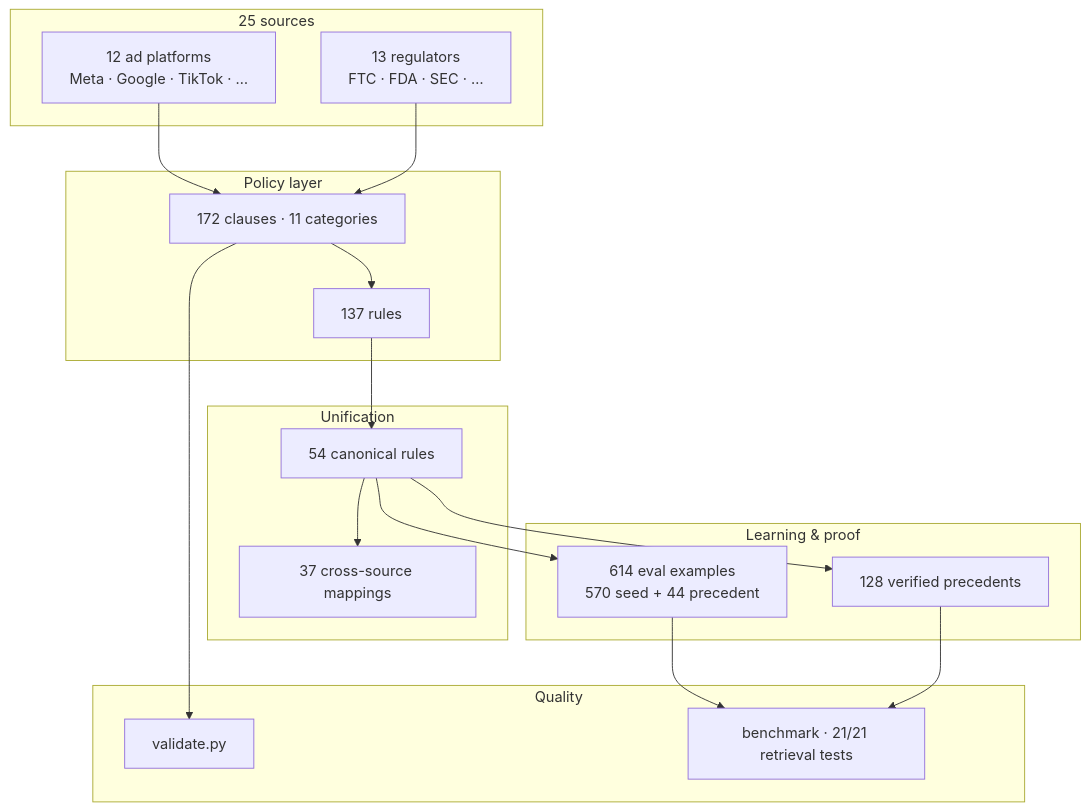
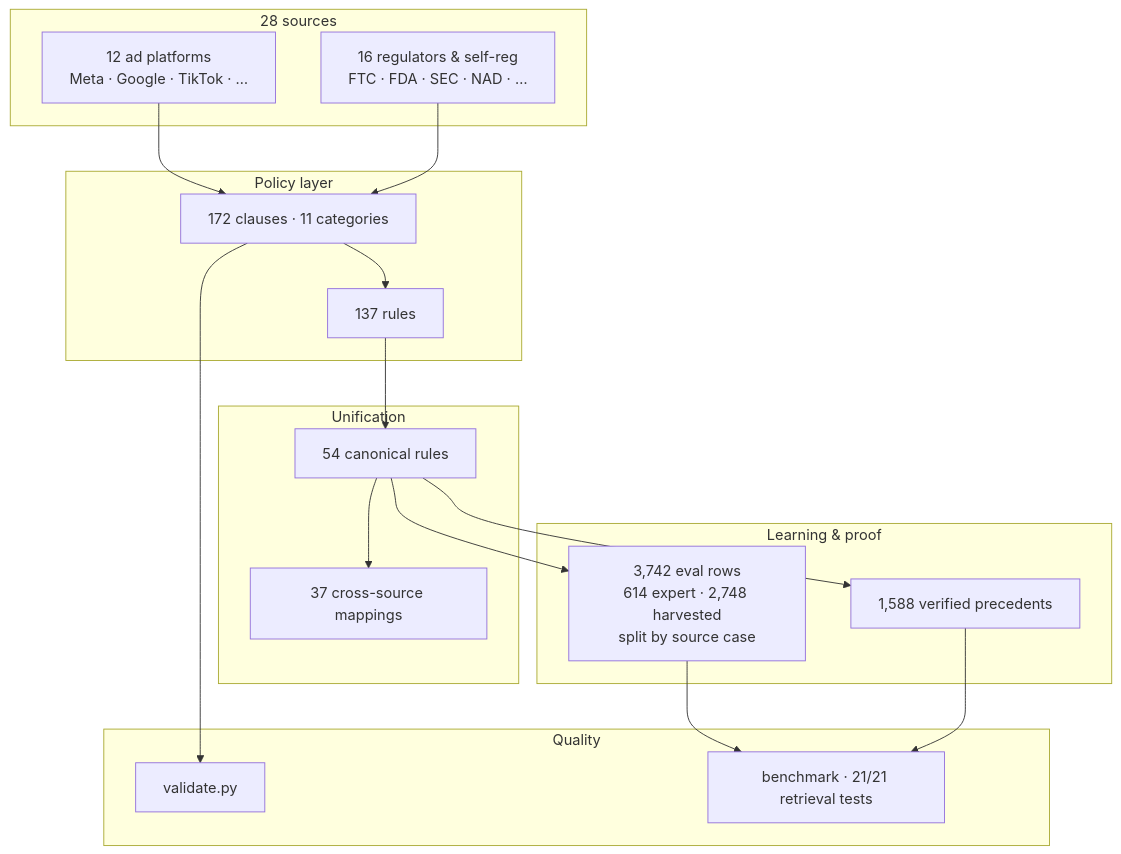
Before and after one commit to gramticsportal/zetaone: the first of 4 diagrams in README.md, drawn with Mermaid. The commit also changed other lines of this file and 2 other files, not shown here.

Commit message:
docs: record the first honest held-out baseline, and correct stale counts
DETERMINISTIC_BASELINE_HELDOUT.md supersedes the protocol in the two existing
benchmark documents, which scored on every eval row that existed. Those numbers
are not wrong, they are in-sample, and the gap is now measurable: the engine
scores 0.932 on the 44 north-star precedents whose wording the miner tokenised
into pack terms, against 0.497 on harvested rows it mostly never saw.

The packs have deliberately not been re-mined. Doing so would overwrite the
hand-curated qualifier work from the August matcher rebuild, which is a decision
to take deliberately rather than as a side effect. Mining is now safe to re-run
whenever that call is made.

Stale counts corrected. The README claimed 614 eval rows, 128 precedents and 25
sources; the repository holds 3,742, 1,588 and 28. ONTOLOGY_MAP was dated
2026-06-27 and described corpus v0.11 while the corpus is at v0.12.

Both new flags documented, and the split contract written up in the eval README:
mining and curation read train/dev, test is reporting-only.

````diff
--- a/README.md
+++ b/README.md
@@ -26,37 +26,37 @@
 ```mermaid
 flowchart TB
-  subgraph sources["25 sources"]
+  subgraph sources["28 sources"]
     P["12 ad platforms<br/>Meta · Google · TikTok · …"]
-    R["13 regulators<br/>FTC · FDA · SEC · …"]
+    R["16 regulators &amp; self-reg<br/>FTC · FDA · SEC · NAD · …"]
   end
 
   subgraph policy["Policy layer"]
     C["172 clauses · 11 categories"]
     Ru["137 rules"]
   end
 
   subgraph unify["Unification"]
     CR["54 canonical rules"]
     M["37 cross-source mappings"]
   end
 
-  subgraph learn["Learning & proof"]
-    E["614 eval examples<br/>570 seed + 44 precedent"]
-    PR["128 verified precedents"]
+  subgraph learn["Learning &amp; proof"]
+    E["3,742 eval rows<br/>614 expert · 2,748 harvested<br/>split by source case"]
+    PR["1,588 verified precedents"]
   end
 
   subgraph check["Quality"]
     V["validate.py"]
     B["benchmark · 21/21 retrieval tests"]
   end
 
   P --> C
   R --> C
   C --> Ru --> CR
   CR --> M
   CR --> E
   CR --> PR
   C --> V
   E --> B
   PR --> B
 ```
````
